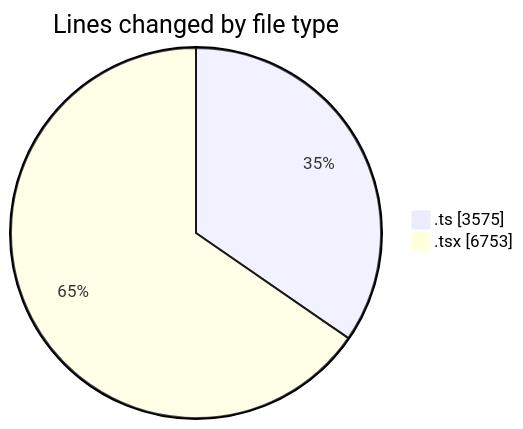
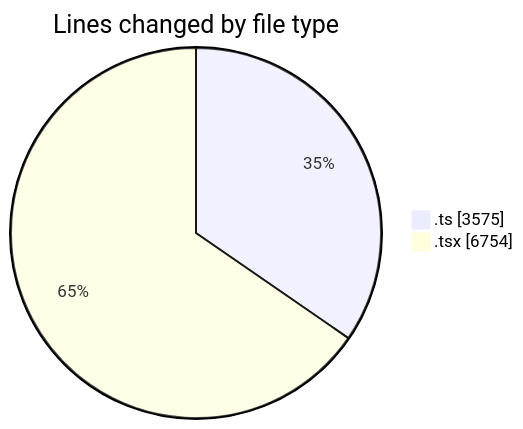
Before and after one commit to momahboobian/code-tracking: the first of 2 diagrams in 2025-07-01/cda/README.md, drawn with Mermaid. The commit also changed other lines of this file and 1 other file, not shown here.

````diff
--- a/2025-07-01/cda/README.md
+++ b/2025-07-01/cda/README.md
@@ -46,6 +46,6 @@
 ```mermaid
 pie showData
 title Lines changed by file type
 ".ts" : 3575
-".tsx" : 6753
+".tsx" : 6754
 ```
````
